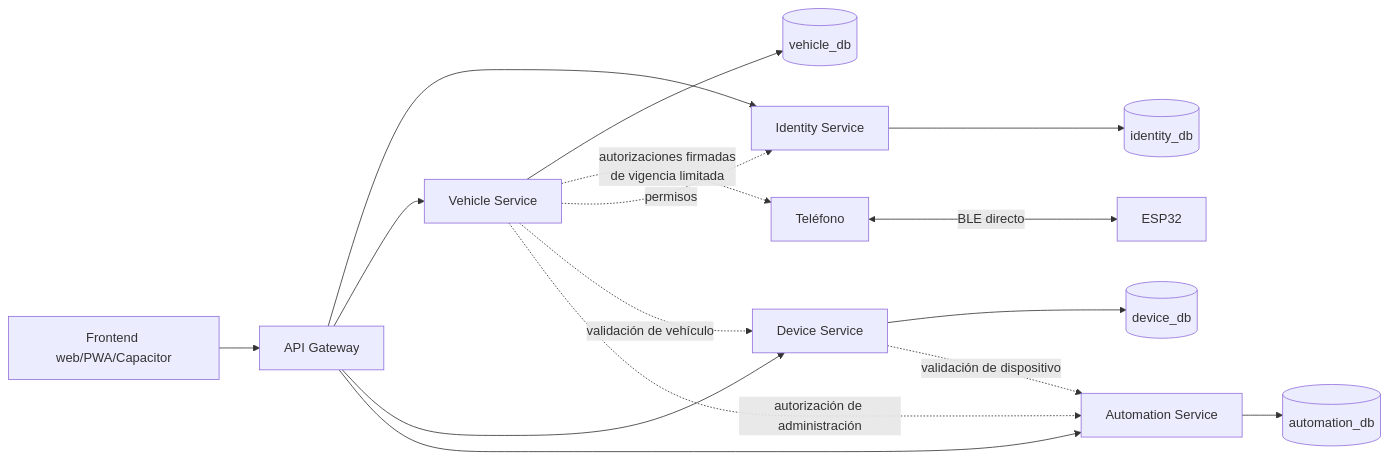
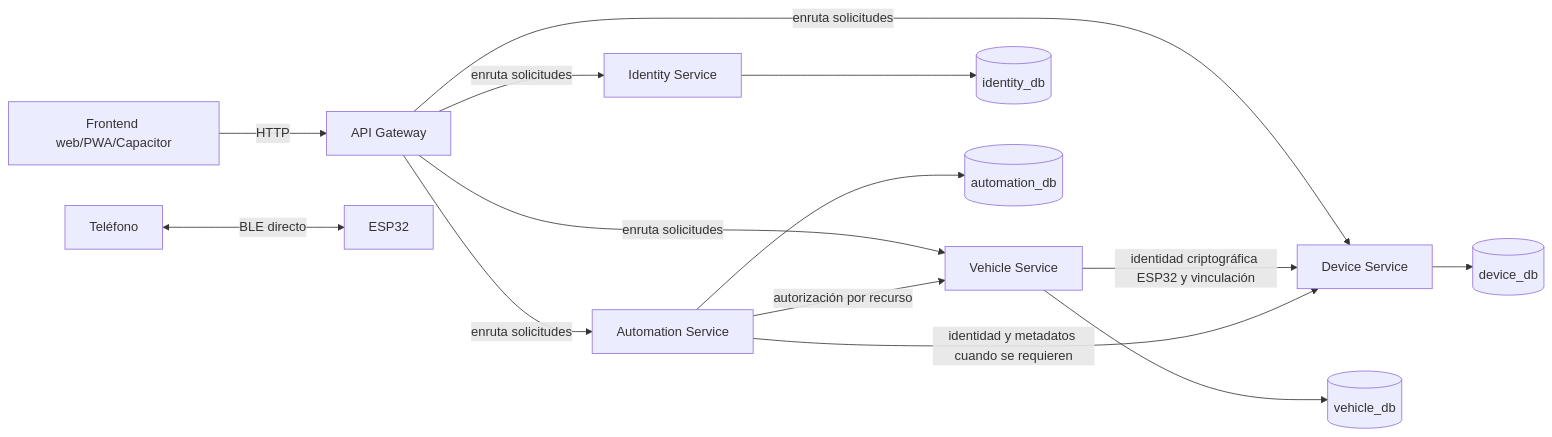
The diagram in docs/backend-architecture.md (r0b3r-c4t/Pichu), drawn with Mermaid before and after one commit. The commit also changed other lines of this file and 1 other file, not shown here.

Commit message:
docs: define PICHU backend architecture

````diff
--- a/docs/backend-architecture.md
+++ b/docs/backend-architecture.md
@@ -10,20 +11,19 @@
 ```mermaid
 flowchart LR
-    Web["Frontend web/PWA/Capacitor"] --> Gateway["API Gateway"]
-    Gateway --> Identity["Identity Service"]
-    Gateway --> Vehicle["Vehicle Service"]
-    Gateway --> Device["Device Service"]
-    Gateway --> Automation["Automation Service"]
+    Web["Frontend web/PWA/Capacitor"] -->|HTTP| Gateway["API Gateway"]
+    Gateway -->|enruta solicitudes| Identity["Identity Service"]
+    Gateway -->|enruta solicitudes| Vehicle["Vehicle Service"]
+    Gateway -->|enruta solicitudes| Device["Device Service"]
+    Gateway -->|enruta solicitudes| Automation["Automation Service"]
+
+    Vehicle -->|identidad criptográfica ESP32 y vinculación| Device
+    Automation -->|autorización por recurso| Vehicle
+    Automation -->|identidad y metadatos cuando se requieren| Device
 
     Identity --> IdentityDB[("identity_db")]
     Vehicle --> VehicleDB[("vehicle_db")]
     Device --> DeviceDB[("device_db")]
     Automation --> AutomationDB[("automation_db")]
 
     Phone["Teléfono"] <-->|"BLE directo"| ESP32["ESP32"]
-    Vehicle -. "autorizaciones firmadas<br/>de vigencia limitada" .-> Phone
-    Vehicle -. "permisos" .-> Identity
-    Vehicle -. "validación de vehículo" .-> Device
-    Vehicle -. "autorización de administración" .-> Automation
-    Device -. "validación de dispositivo" .-> Automation
 ```
````
